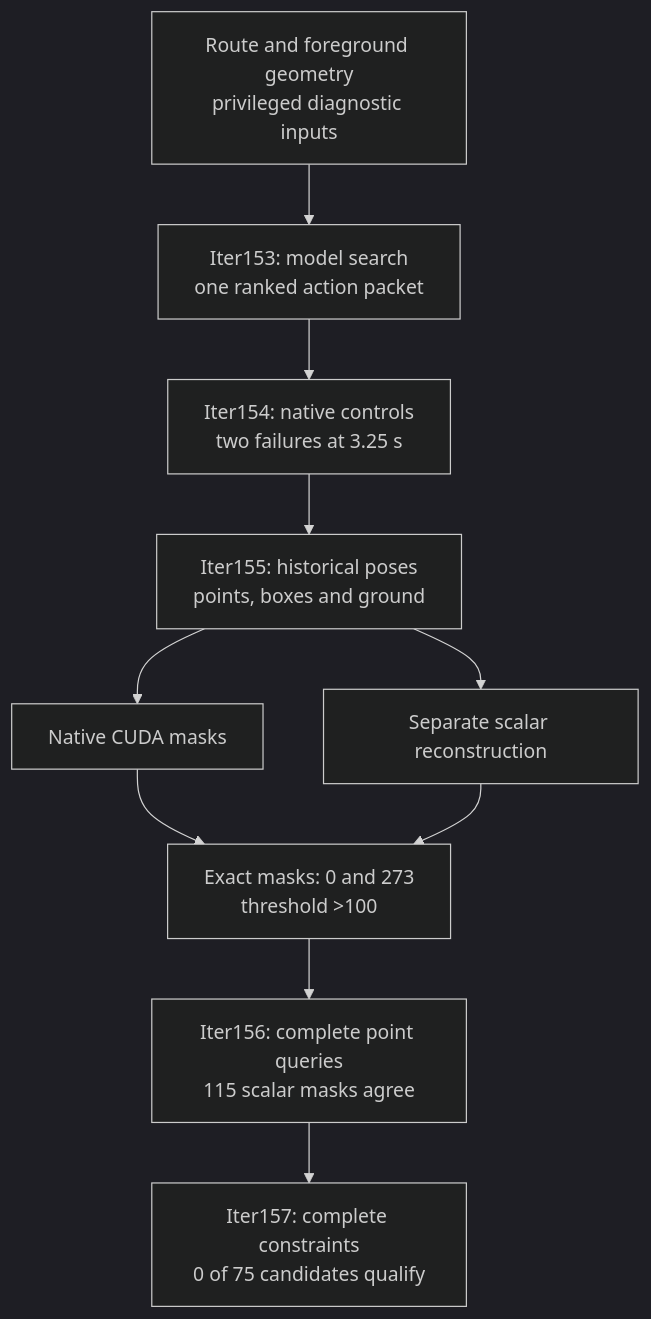
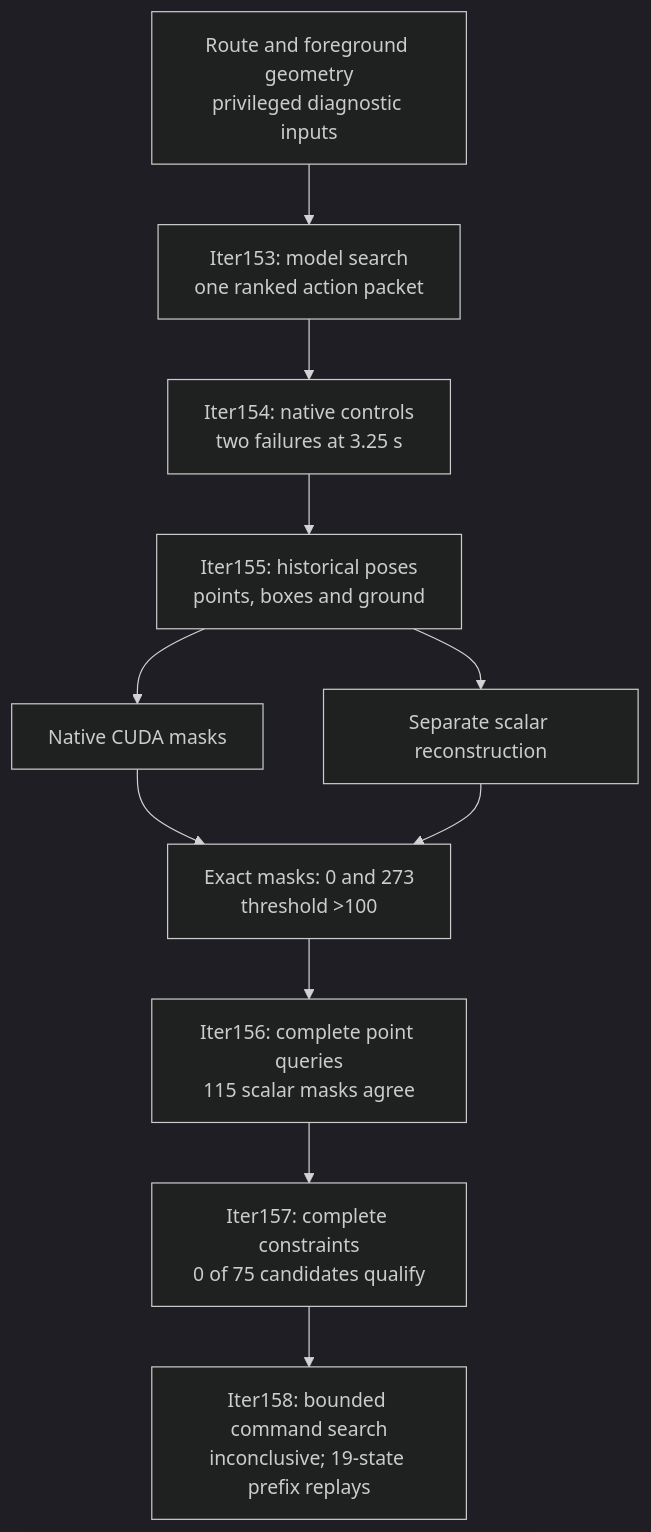
Before and after one commit to manfromnowhere143/sentinel: the fourth of 4 diagrams in docs/ARCHITECTURE.md, drawn with Mermaid (dark theme). The commit also changed other lines of this file and 41 other files, not shown here.

Commit message:
Close the inconclusive actuator search and advance the evidence contract

````diff
--- a/docs/ARCHITECTURE.md
+++ b/docs/ARCHITECTURE.md
@@ -209,14 +209,15 @@
 ```mermaid
 flowchart TB
   accTitle: The diagnostic model, native test and background witness
   accDescr: A privileged model candidate fails in the native scene. A separate source-point extraction reproduces the collision predicate without a new driving episode.
   G["Route and foreground geometry<br/>privileged diagnostic inputs"] --> M["Iter153: model search<br/>one ranked action packet"]
   M --> N["Iter154: native controls<br/>two failures at 3.25 s"]
   N --> X["Iter155: historical poses<br/>points, boxes and ground"]
   X --> C["Native CUDA masks"]
   X --> S["Separate scalar reconstruction"]
   C --> E["Exact masks: 0 and 273<br/>threshold >100"]
   S --> E
   E --> F["Iter156: complete point queries<br/>115 scalar masks agree"]
   F --> L["Iter157: complete constraints<br/>0 of 75 candidates qualify"]
+  L --> A["Iter158: bounded command search<br/>inconclusive; 19-state prefix replays"]
 ```
````
